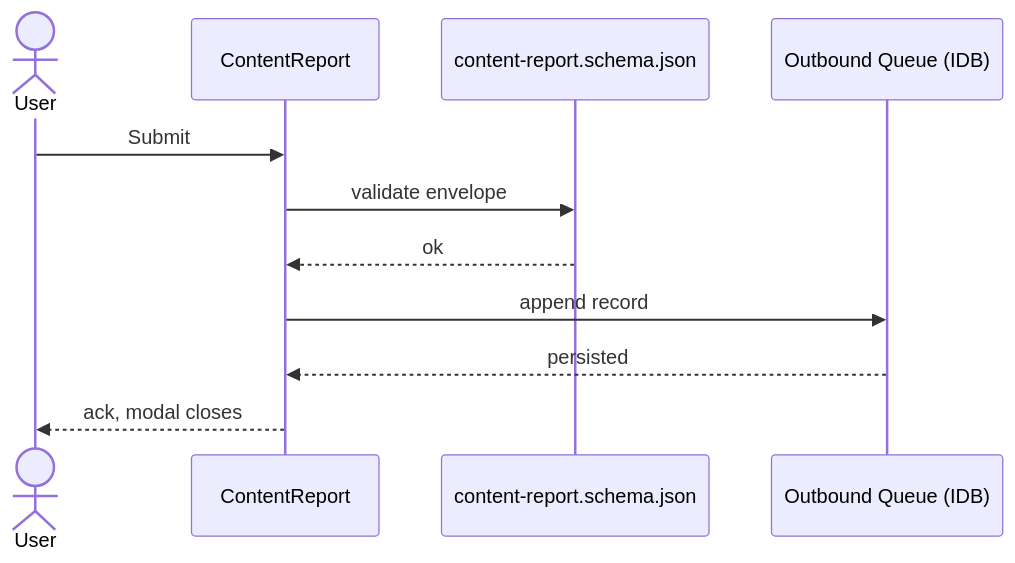
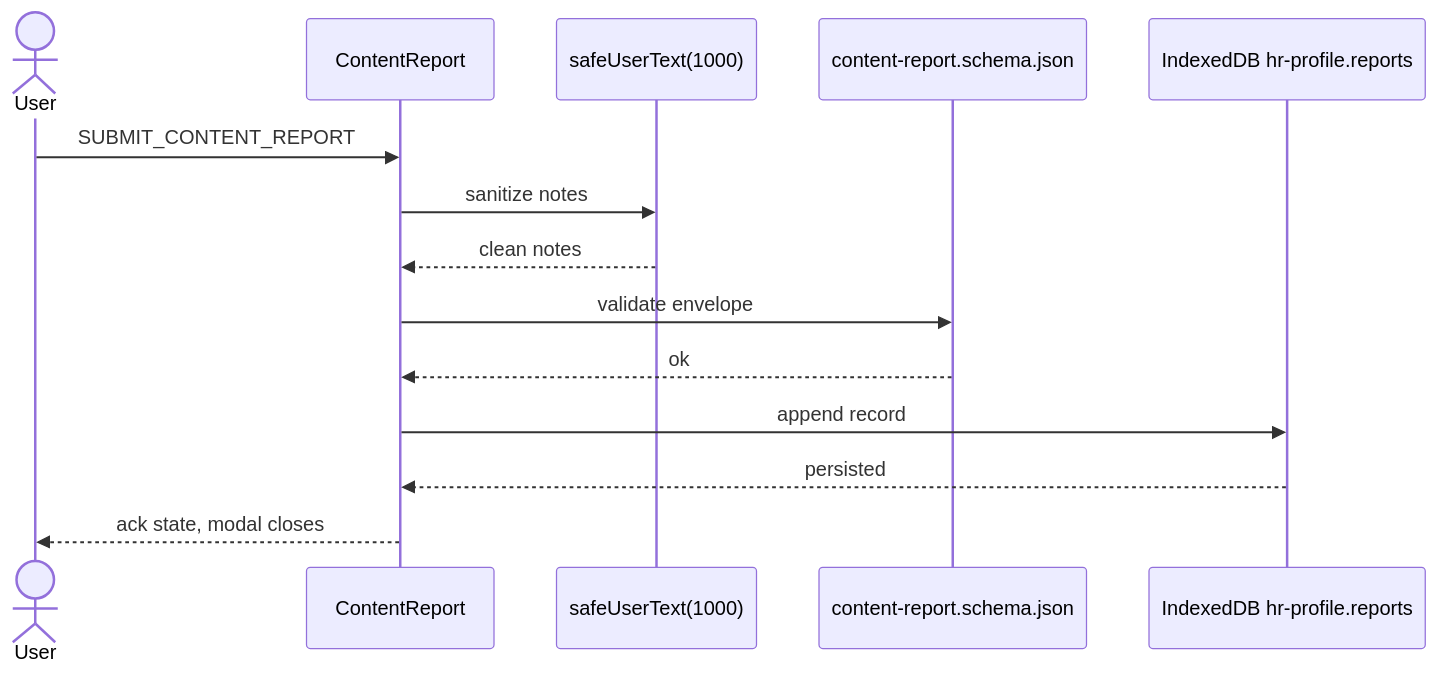
Before and after one commit to SunaNoOshiro/Heroes_Reforged_AI_Realms: the second of 3 diagrams in docs/architecture/wiki/screens/75-content-report/architecture.md, drawn with Mermaid. The commit also changed other lines of this file and 518 other files, not shown here.

First line of the commit message:
Add doc-audit skill and sweep architecture/screen docs

````diff
--- a/docs/architecture/wiki/screens/75-content-report/architecture.md
+++ b/docs/architecture/wiki/screens/75-content-report/architecture.md
@@ -38,14 +34,17 @@
 ```mermaid
 sequenceDiagram
   actor User
   participant UI as ContentReport
+  participant Sanitize as safeUserText(1000)
   participant Schema as content-report.schema.json
-  participant Q as Outbound Queue (IDB)
+  participant Q as IndexedDB hr-profile.reports
 
-  User->>UI: Submit
+  User->>UI: SUBMIT_CONTENT_REPORT
+  UI->>Sanitize: sanitize notes
+  Sanitize-->>UI: clean notes
   UI->>Schema: validate envelope
   Schema-->>UI: ok
   UI->>Q: append record
   Q-->>UI: persisted
-  UI-->>User: ack, modal closes
+  UI-->>User: ack state, modal closes
 ```
````
